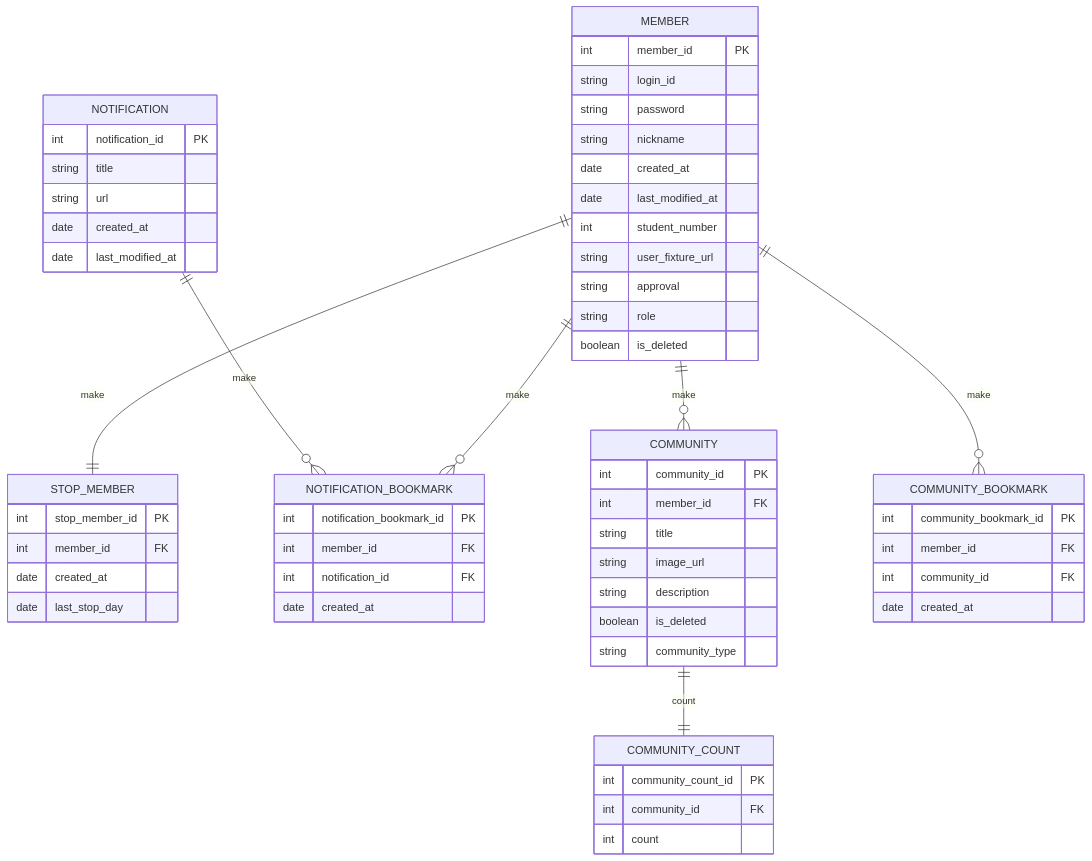
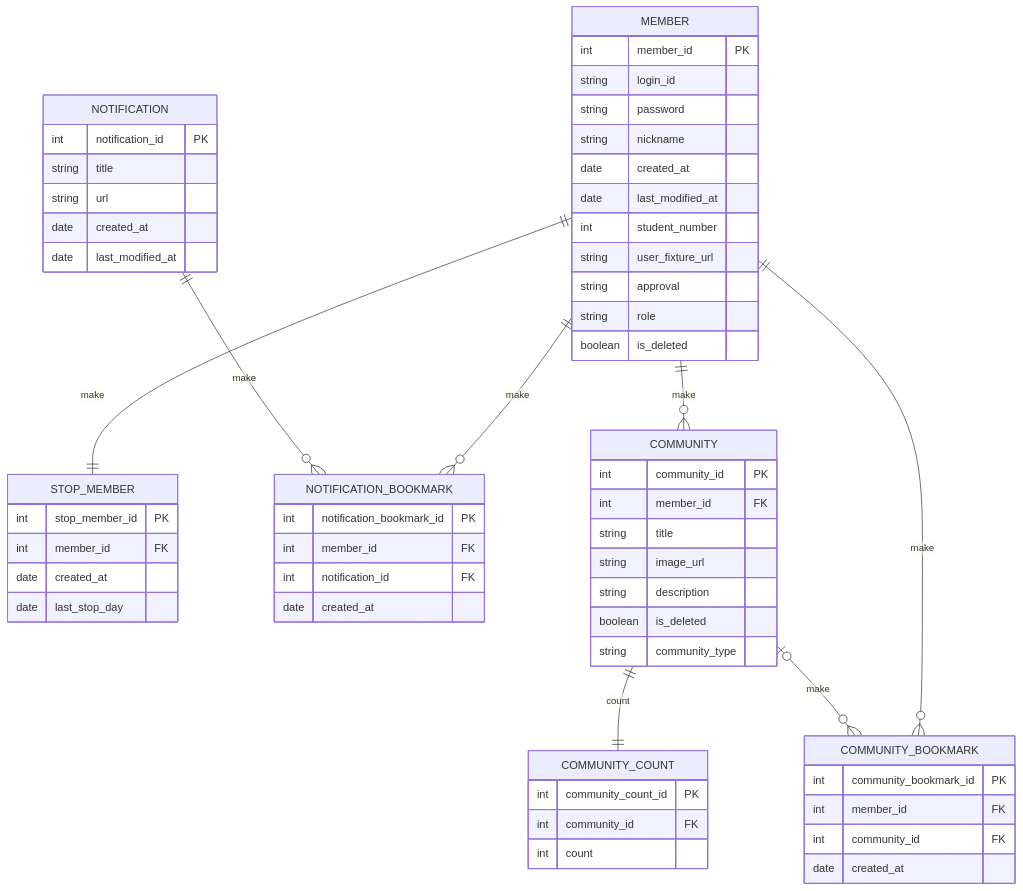
One commit to android-project-04/cbnu-sw-alrami changed the second of 2 diagrams in README.md. Above: the diagram before and after it, drawn with Mermaid.

````diff
--- a/README.md
+++ b/README.md
@@ -68,68 +68,69 @@
 ``` mermaid
 erDiagram
     MEMBER ||--|| STOP_MEMBER : make
     MEMBER ||--o{ NOTIFICATION_BOOKMARK : make
     NOTIFICATION ||--o{ NOTIFICATION_BOOKMARK : make
     MEMBER ||--o{ COMMUNITY : make
     MEMBER ||--o{ COMMUNITY_BOOKMARK : make
     COMMUNITY ||--|| COMMUNITY_COUNT : count
+    COMMUNITY |o--o{ COMMUNITY_BOOKMARK : make
 
     MEMBER {
         int member_id PK
         string login_id
         string password
         string nickname
         date created_at
         date last_modified_at
         int student_number
         string user_fixture_url
         string approval
         string role
         boolean is_deleted
     }
 
     STOP_MEMBER {
         int stop_member_id PK
         int member_id FK
         date created_at
         date last_stop_day
     }
 
     NOTIFICATION_BOOKMARK {
         int notification_bookmark_id PK
         int member_id FK
         int notification_id FK
         date created_at
     }
 
     NOTIFICATION {
         int notification_id PK
         string title
         string url
         date created_at
         date last_modified_at
     }
 
     COMMUNITY_BOOKMARK {
         int community_bookmark_id PK
         int member_id FK
         int community_id FK
         date created_at
     }
 
     COMMUNITY {
         int community_id PK
         int member_id FK
         string title 
         string image_url
         string description
         boolean is_deleted
         string community_type
     }
 
     COMMUNITY_COUNT {
         int community_count_id PK
         int community_id FK
         int count
     }
 ```
````
